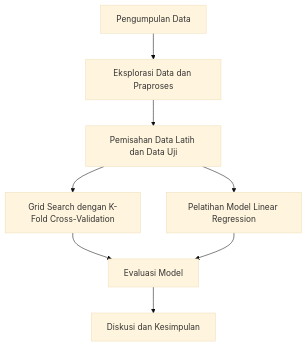
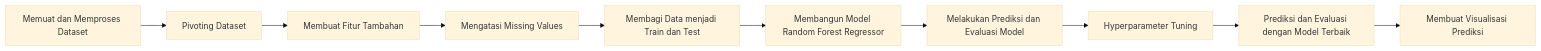
Before and after one commit to dickypranataa/ML-A11.2022.14615-UAS: the diagram in README.md, drawn with Mermaid (base theme). The commit also changed other lines of this file, not shown here.

````diff
--- a/README.md
+++ b/README.md
@@ -25,10 +25,12 @@
 ```mermaid
-graph TD;
-    A[Pengumpulan Data] --> B[Eksplorasi Data dan Praproses];
-    B --> C[Pemisahan Data Latih dan Data Uji];
-    C --> D1[Grid Search dengan K-Fold Cross-Validation];
-    C --> D2[Pelatihan Model Linear Regression];
-    D1 --> E[Evaluasi Model];
-    D2 --> E[Evaluasi Model];
-    E --> F[Diskusi dan Kesimpulan];
+graph LR
+    A[Memuat dan Memproses Dataset] --> B[Pivoting Dataset]
+    B --> C[Membuat Fitur Tambahan]
+    C --> D[Mengatasi Missing Values]
+    D --> E[Membagi Data menjadi Train dan Test]
+    E --> F[Membangun Model Random Forest Regressor]
+    F --> G[Melakukan Prediksi dan Evaluasi Model]
+    G --> H[Hyperparameter Tuning]
+    H --> I[Prediksi dan Evaluasi dengan Model Terbaik]
+    I --> J[Membuat Visualisasi Prediksi]
 ```
````
